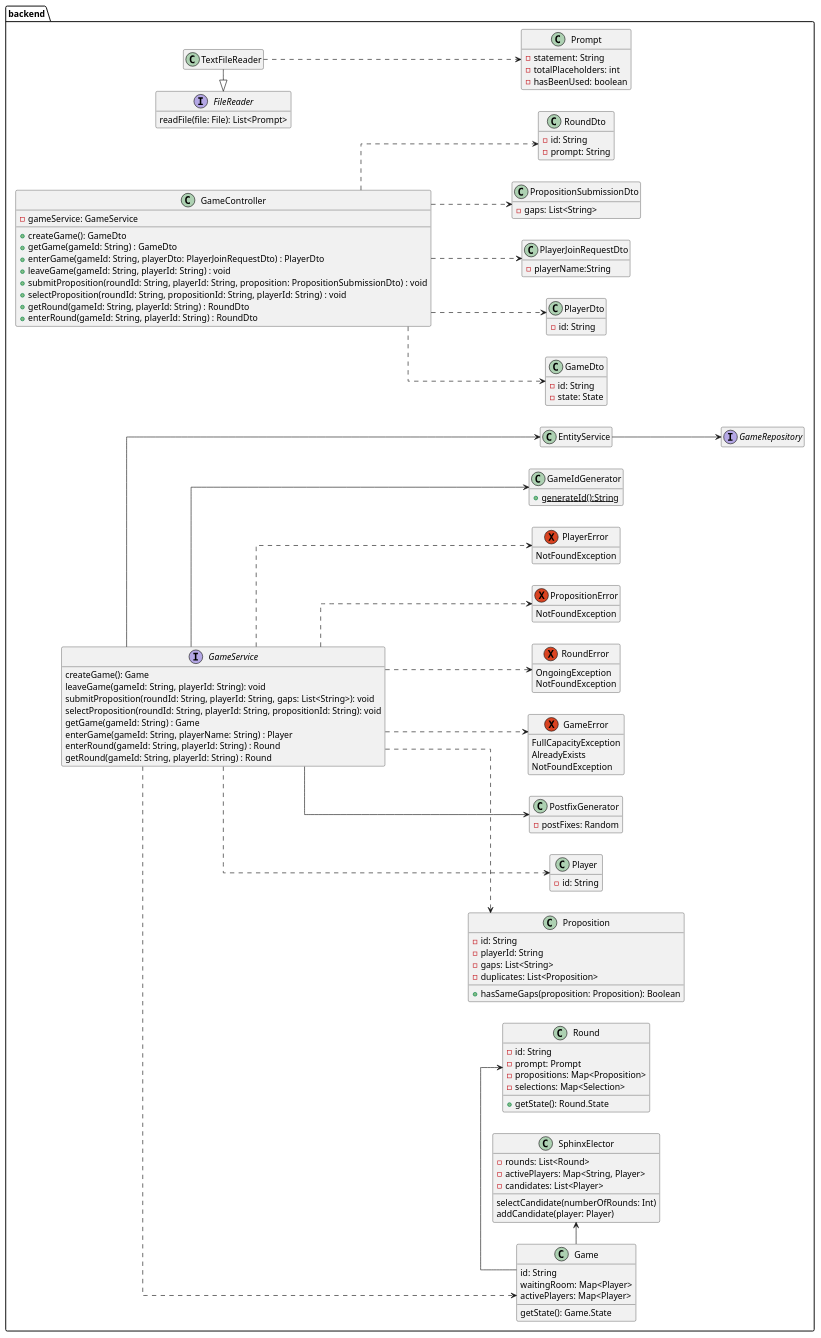
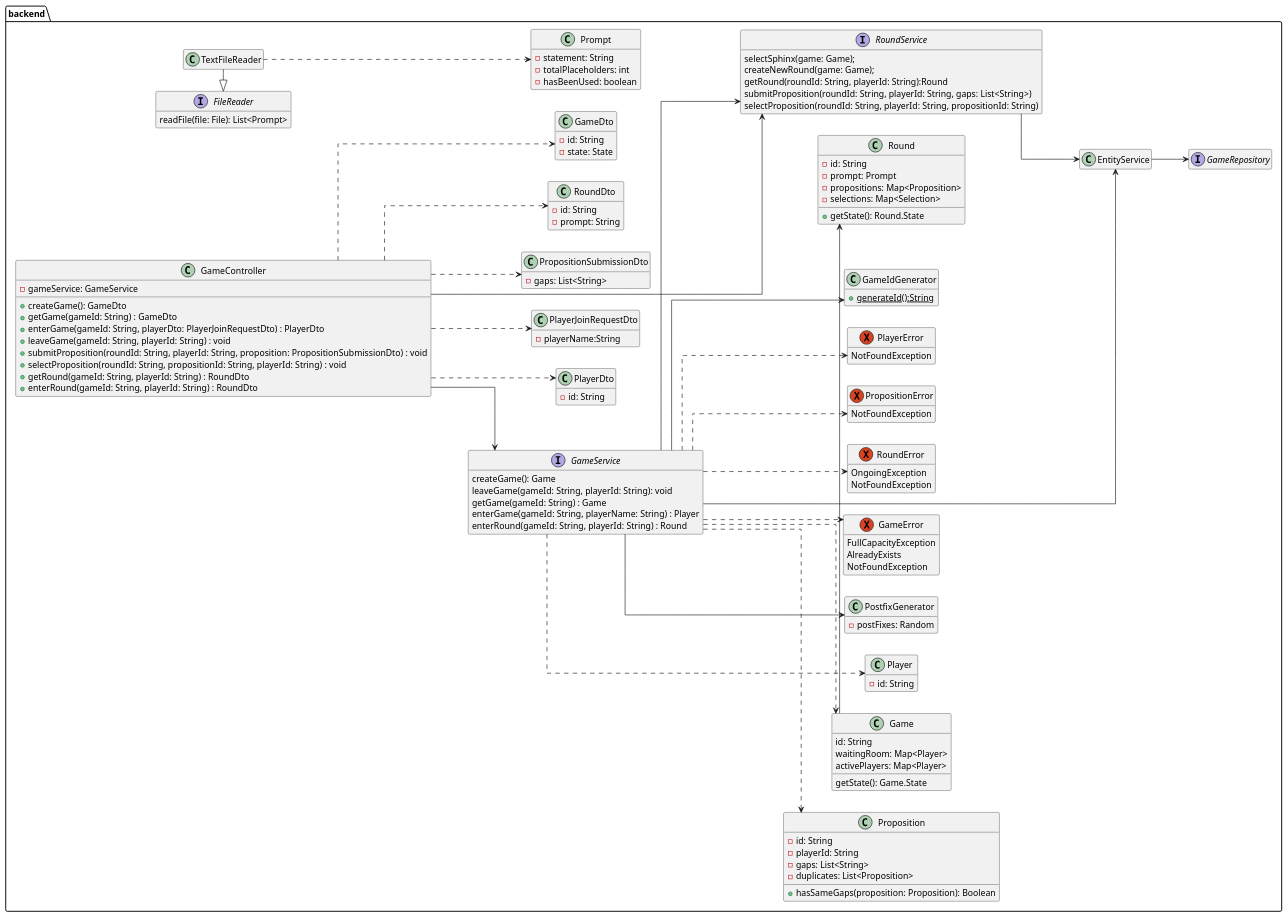
One commit to patrickwinti/worldwidewalter changed the diagram in docs/diagrams/class_diagramm.plantuml. Above: the diagram before and after it, drawn with PlantUML.

Commit message:
[WWW-105] updates diagram

```diff
--- a/docs/diagrams/class_diagramm.plantuml
+++ b/docs/diagrams/class_diagramm.plantuml
@@ -1,134 +1,136 @@
 @startuml
 package backend{
     left to right direction
     skinparam linetype ortho
 
     hide empty members
     class GameController {
         -gameService: GameService
         +createGame(): GameDto
         +getGame(gameId: String) : GameDto
         +enterGame(gameId: String, playerDto: PlayerJoinRequestDto) : PlayerDto
         +leaveGame(gameId: String, playerId: String) : void
         +submitProposition(roundId: String, playerId: String, proposition: PropositionSubmissionDto) : void
         +selectProposition(roundId: String, propositionId: String, playerId: String) : void
         +getRound(gameId: String, playerId: String) : RoundDto
         +enterRound(gameId: String, playerId: String) : RoundDto
     }
     class GameDto {
         -id: String
         -state: State
     }
     class Game {
         id: String
         waitingRoom: Map<Player>
         activePlayers: Map<Player>
         getState(): Game.State
     }
     class Prompt{
         -statement: String
         -totalPlaceholders: int
         -hasBeenUsed: boolean
     }
 
     class Proposition{
           -id: String
           -playerId: String
           -gaps: List<String>
           -duplicates: List<Proposition>
           +hasSameGaps(proposition: Proposition): Boolean
     }
 
     interface GameService{
        createGame(): Game
        leaveGame(gameId: String, playerId: String): void
-       submitProposition(roundId: String, playerId: String, gaps: List<String>): void
-       selectProposition(roundId: String, playerId: String, propositionId: String): void
        getGame(gameId: String) : Game
        enterGame(gameId: String, playerName: String) : Player
        enterRound(gameId: String, playerId: String) : Round
-       getRound(gameId: String, playerId: String) : Round
+    }
+    interface RoundService{
+        selectSphinx(game: Game);
+        createNewRound(game: Game);
+        getRound(roundId: String, playerId: String):Round
+        submitProposition(roundId: String, playerId: String, gaps: List<String>)
+        selectProposition(roundId: String, playerId: String, propositionId: String)
     }
     interface GameRepository
     class PlayerDto {
         -id: String
     }
     class PlayerJoinRequestDto {
         -playerName:String
     }
     class PropositionSubmissionDto {
         -gaps: List<String>
     }
     class RoundDto {
         -id: String
         -prompt: String
     }
     class Player {
         -id: String
     }
     class Round {
         -id: String
         -prompt: Prompt
         -propositions: Map<Proposition>
         -selections: Map<Selection>
         +getState(): Round.State
     }
     class PostfixGenerator {
         -postFixes: Random
     }
     exception GameError {
         FullCapacityException
         AlreadyExists
         NotFoundException
     }
     exception RoundError {
         OngoingException
         NotFoundException
     }
     exception PropositionError {
         NotFoundException
     }
     exception PlayerError {
         NotFoundException
     }
 
     interface FileReader{
         readFile(file: File): List<Prompt>
     }
 
     class TextFileReader
-    class SphinxElector {
-        -rounds: List<Round>
-        -activePlayers: Map<String, Player>
-        -candidates: List<Player>
-        selectCandidate(numberOfRounds: Int)
-        addCandidate(player: Player)
-    }
     class GameIdGenerator{
         +generateId():String{static}
     }
+
     GameController..>PlayerDto
     GameController..>PlayerJoinRequestDto
     GameController..>PropositionSubmissionDto
     GameController..>RoundDto
     GameController ..> GameDto
+    GameController --> RoundService
+    GameController --> GameService
 
     GameService ..> Game
     GameService ..> Player
     GameService ..> GameError
     GameService ..> RoundError
     GameService ..> PlayerError
     GameService ..> PropositionError
     GameService --> EntityService
     GameService ..> Proposition
     GameService --> PostfixGenerator
     GameService --> GameIdGenerator
+    GameService --> RoundService
 
     EntityService --> GameRepository
+
+    RoundService --> EntityService
 
     TextFileReader ..> Prompt
     FileReader<|-TextFileReader
 
     Game -> Round
-    Game -> SphinxElector
 @enduml
```
